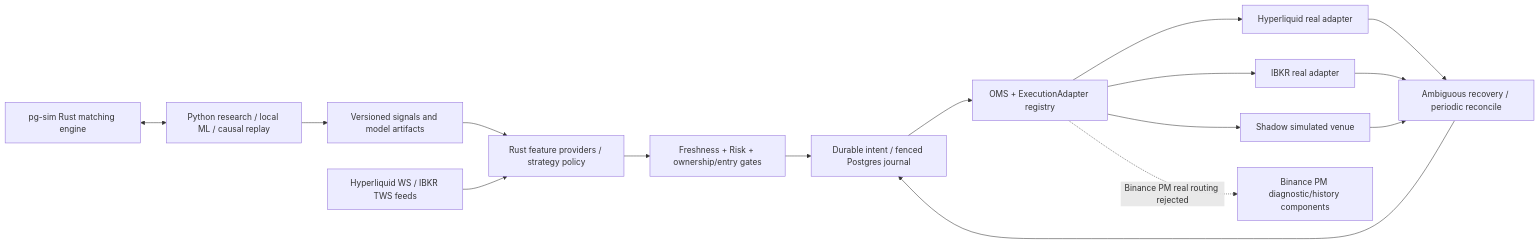
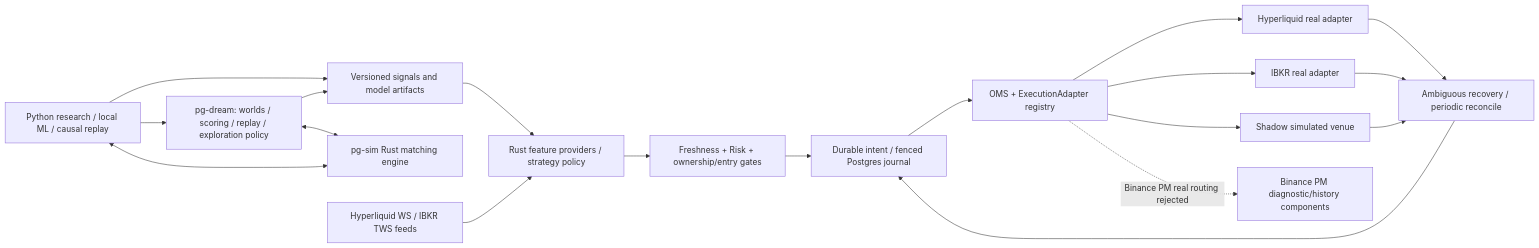
One commit to xxxxxwater/pg-tsy-core-bootstrap changed the diagram in README.md. Above: the diagram before and after it, drawn with Mermaid. The commit also changed other lines of this file and 6 other files, not shown here.

````diff
--- a/README.md
+++ b/README.md
@@ -9,18 +9,21 @@
 ```mermaid
 flowchart LR
   A[Python research / local ML / causal replay] --> B[Versioned signals and model artifacts]
-  SIM[pg-sim Rust matching engine] <--> A
+  A --> DREAM[pg-dream: worlds / scoring / replay / exploration policy]
+  DREAM <--> SIM[pg-sim Rust matching engine]
+  DREAM --> B
+  SIM <--> A
   B --> C[Rust feature providers / strategy policy]
   FEED[Hyperliquid WS / IBKR TWS feeds] --> C
   C --> D[Freshness + Risk + ownership/entry gates]
   D --> E[Durable intent / fenced Postgres journal]
   E --> F[OMS + ExecutionAdapter registry]
   F --> S[Shadow simulated venue]
   F --> H[Hyperliquid real adapter]
   F --> I[IBKR real adapter]
   F -. Binance PM real routing rejected .-> P[Binance PM diagnostic/history components]
   H --> R[Ambiguous recovery / periodic reconcile]
   I --> R
   S --> R
   R --> E
 ```
````
